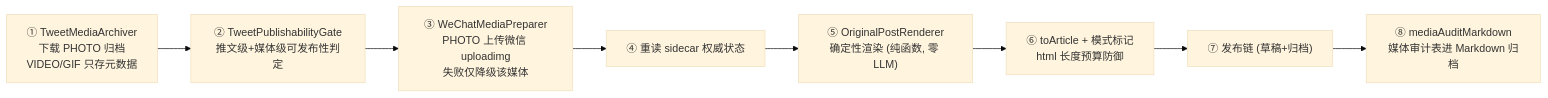
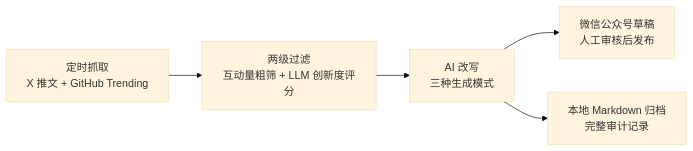
Before and after one commit to choustark/ai-content-aggregator: the diagram in README.md, drawn with Mermaid (base theme). The commit also changed other lines of this file, not shown here.

````diff
--- a/README.md
+++ b/README.md
@@ -100,10 +20,7 @@
 ```mermaid
 flowchart LR
-    S1["① TweetMediaArchiver<br/>下载 PHOTO 归档<br/>VIDEO/GIF 只存元数据"] --> S2["② TweetPublishabilityGate<br/>推文级+媒体级可发布性判定"]
-    S2 --> S3["③ WeChatMediaPreparer<br/>PHOTO 上传微信 uploadimg<br/>失败仅降级该媒体"]
-    S3 --> S4["④ 重读 sidecar 权威状态"]
-    S4 --> S5["⑤ OriginalPostRenderer<br/>确定性渲染 (纯函数, 零 LLM)"]
-    S5 --> S6["⑥ toArticle + 模式标记<br/>html 长度预算防御"]
-    S6 --> S7["⑦ 发布链 (草稿+归档)"]
-    S7 --> S8["⑧ mediaAuditMarkdown<br/>媒体审计表进 Markdown 归档"]
+    A["定时抓取<br/>X 推文 + GitHub Trending"] --> B["两级过滤<br/>互动量粗筛 + LLM 创新度评分"]
+    B --> C["AI 改写<br/>三种生成模式"]
+    C --> D["微信公众号草稿<br/>人工审核后发布"]
+    C --> E["本地 Markdown 归档<br/>完整审计记录"]
 ```
````
